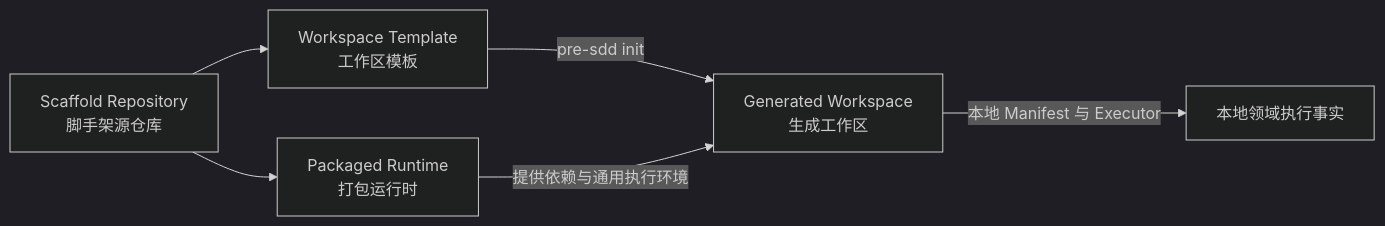
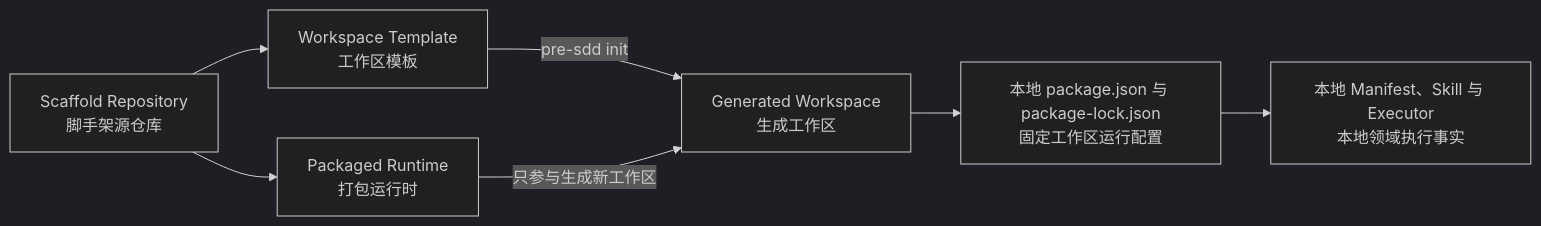
Before and after one commit to bigsmartben/pre-sdd: the diagram in .psp/harness/HARNESS-BOUNDARY.md, drawn with Mermaid (dark theme). The commit also changed other lines of this file and 10 other files, not shown here.

````diff
--- a/.psp/harness/HARNESS-BOUNDARY.md
+++ b/.psp/harness/HARNESS-BOUNDARY.md
@@ -7,8 +7,9 @@
 ```mermaid
 flowchart LR
     S["Scaffold Repository<br/>脚手架源仓库"] --> T["Workspace Template<br/>工作区模板"]
     S --> R["Packaged Runtime<br/>打包运行时"]
     T -->|"pre-sdd init"| W["Generated Workspace<br/>生成工作区"]
-    R -->|"提供依赖与通用执行环境"| W
-    W -->|"本地 Manifest 与 Executor"| E["本地领域执行事实"]
+    R -->|"只参与生成新工作区"| W
+    W --> P["本地 package.json 与 package-lock.json<br/>固定工作区运行配置"]
+    P --> E["本地 Manifest、Skill 与 Executor<br/>本地领域执行事实"]
 ```
````
